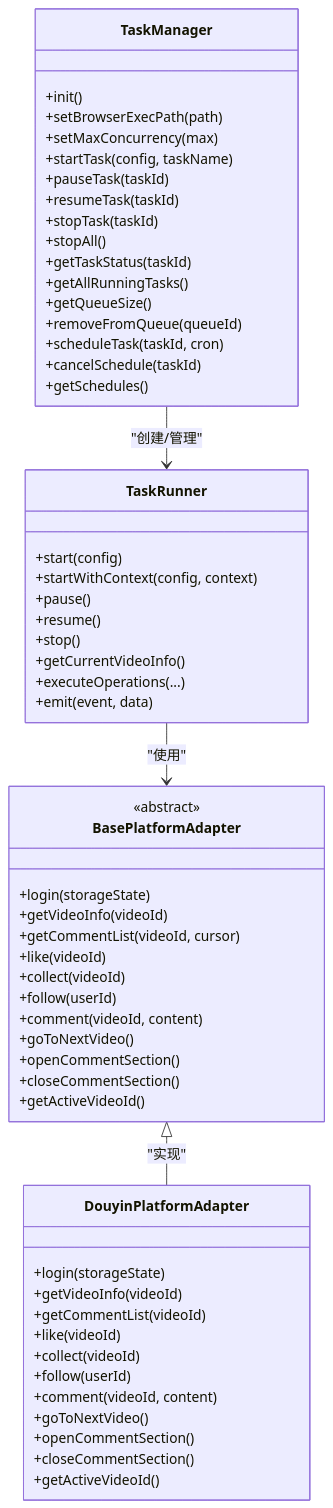
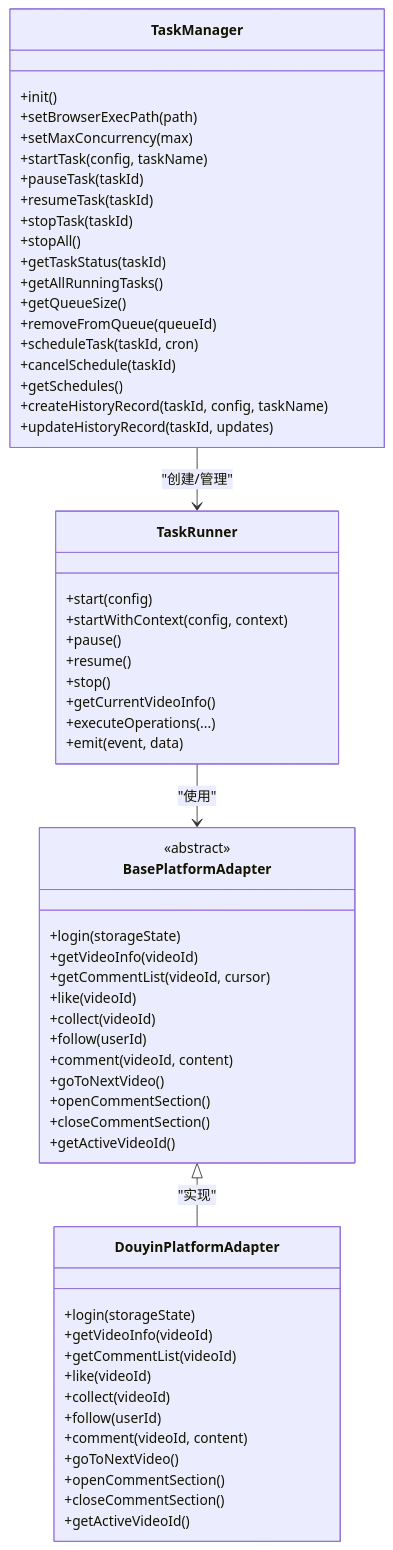
Before and after one commit to hipig/autoOps: the third of 3 diagrams in .qoder/repowiki/zh/content/架构设计/IPC通信机制/任务管理IPC.md, drawn with Mermaid. The commit also changed other lines of this file and 37 other files, not shown here.

````diff
--- a/.qoder/repowiki/zh/content/架构设计/IPC通信机制/任务管理IPC.md
+++ b/.qoder/repowiki/zh/content/架构设计/IPC通信机制/任务管理IPC.md
@@ -251,60 +261,62 @@
 ```mermaid
 classDiagram
 class TaskManager {
 +init()
 +setBrowserExecPath(path)
 +setMaxConcurrency(max)
 +startTask(config, taskName)
 +pauseTask(taskId)
 +resumeTask(taskId)
 +stopTask(taskId)
 +stopAll()
 +getTaskStatus(taskId)
 +getAllRunningTasks()
 +getQueueSize()
 +removeFromQueue(queueId)
 +scheduleTask(taskId, cron)
 +cancelSchedule(taskId)
 +getSchedules()
++createHistoryRecord(taskId, config, taskName)
++updateHistoryRecord(taskId, updates)
 }
 class TaskRunner {
 +start(config)
 +startWithContext(config, context)
 +pause()
 +resume()
 +stop()
 +getCurrentVideoInfo()
 +executeOperations(...)
 +emit(event, data)
 }
 class BasePlatformAdapter {
 <<abstract>>
 +login(storageState)
 +getVideoInfo(videoId)
 +getCommentList(videoId, cursor)
 +like(videoId)
 +collect(videoId)
 +follow(userId)
 +comment(videoId, content)
 +goToNextVideo()
 +openCommentSection()
 +closeCommentSection()
 +getActiveVideoId()
 }
 class DouyinPlatformAdapter {
 +login(storageState)
 +getVideoInfo(videoId)
 +getCommentList(videoId)
 +like(videoId)
 +collect(videoId)
 +follow(userId)
 +comment(videoId, content)
 +goToNextVideo()
 +openCommentSection()
 +closeCommentSection()
 +getActiveVideoId()
 }
 TaskManager --> TaskRunner : "创建/管理"
 TaskRunner --> BasePlatformAdapter : "使用"
 BasePlatformAdapter <|-- DouyinPlatformAdapter : "实现"
 ```
````
